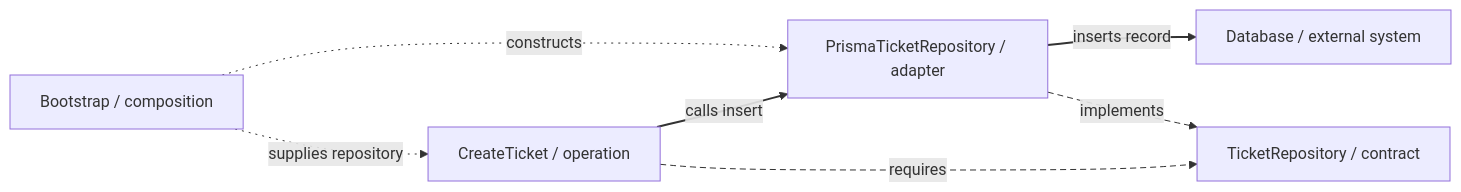
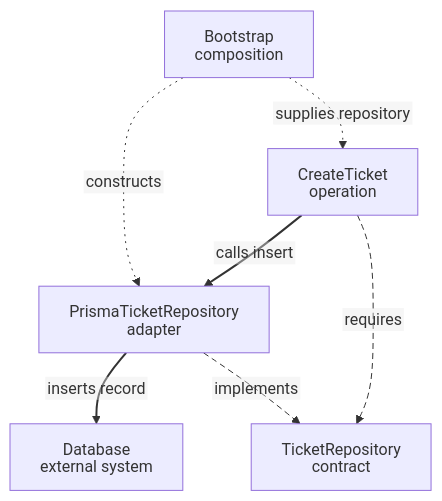
Before and after one commit to AndresTaoFlorez/software-architecture: the second of 4 diagrams in architecture/styles/onion-architecture/2-inward-dependencies.md, drawn with Mermaid. The commit also changed other lines of this file and 79 other files, not shown here.

````diff
--- a/architecture/styles/onion-architecture/2-inward-dependencies.md
+++ b/architecture/styles/onion-architecture/2-inward-dependencies.md
@@ -47,12 +69,13 @@
 ```mermaid
-flowchart LR
-    UC["CreateTicket / operation"] -->|"calls insert"| SQL["PrismaTicketRepository / adapter"]
-    SQL -->|"inserts record"| DB["Database / external system"]
-    SQL -. "implements" .-> PORT["TicketRepository / contract"]
+%%{init: {"htmlLabels": false, "flowchart": {"htmlLabels": false, "nodeSpacing": 28, "rankSpacing": 48, "diagramPadding": 20, "wrappingWidth": 280}, "sequence": {"wrap": true, "diagramMarginX": 20, "diagramMarginY": 20}}}%%
+flowchart TB
+    UC["CreateTicket<br/>operation"] -->|"calls insert"| SQL["PrismaTicketRepository<br/>adapter"]
+    SQL -->|"inserts record"| DB["Database<br/>external system"]
+    SQL -. "implements" .-> PORT["TicketRepository<br/>contract"]
     UC -. "requires" .-> PORT
-    ROOT["Bootstrap / composition"] -. "constructs" .-> SQL
+    ROOT["Bootstrap<br/>composition"] -. "constructs" .-> SQL
     ROOT -. "supplies repository" .-> UC
     linkStyle 0,1 stroke-width:2px
     linkStyle 2,3 stroke-width:1px,stroke-dasharray:6 4
     linkStyle 4,5 stroke-width:1px,stroke-dasharray:2 5
 ```
````
